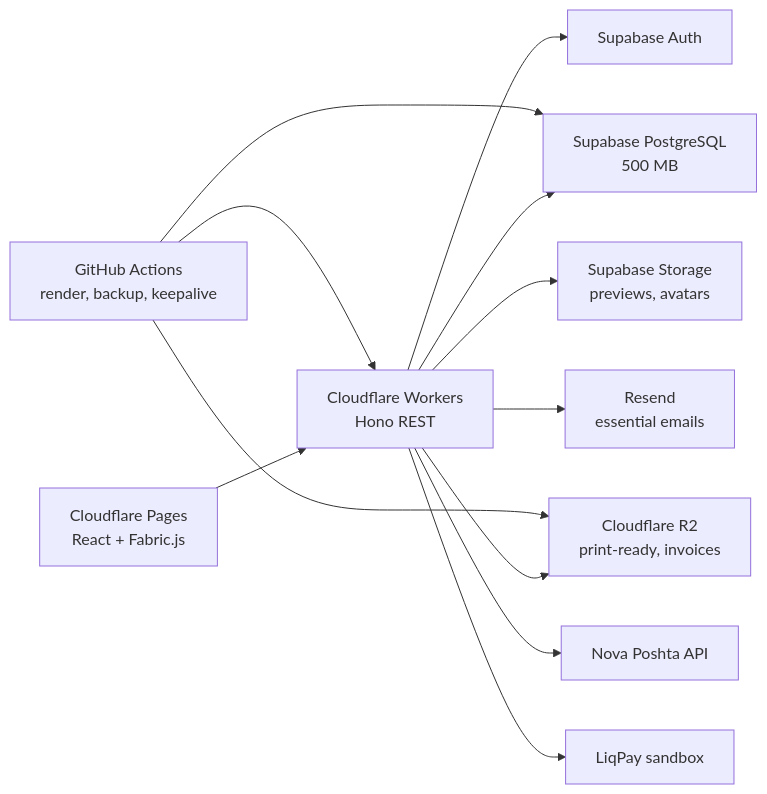
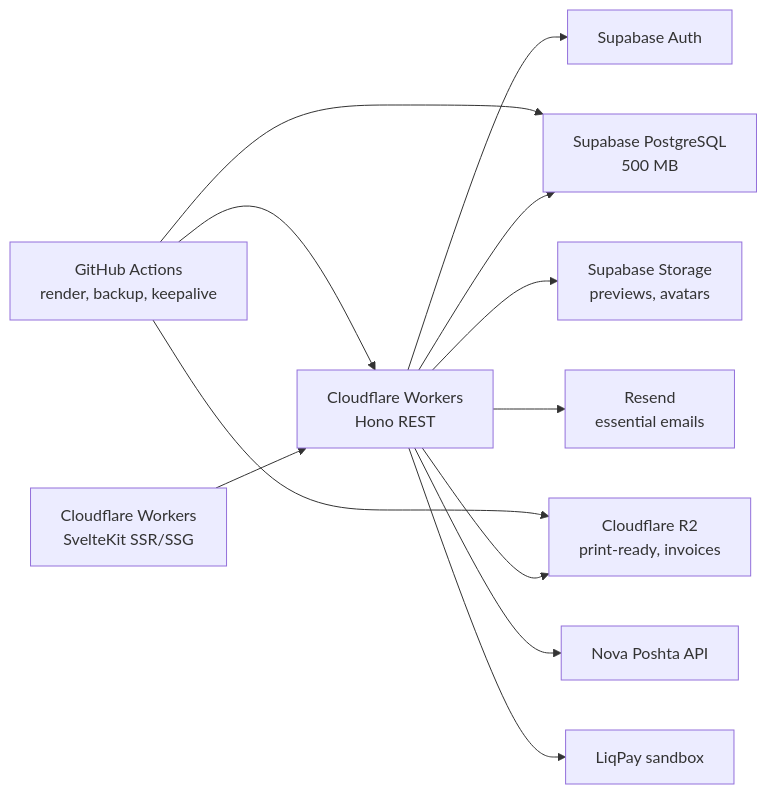
One commit to Designer-Inc/des-docs changed the diagram in FREE_TIER.md. Above: the diagram before and after it, drawn with Mermaid. The commit also changed other lines of this file and 5 other files, not shown here.

````diff
--- a/FREE_TIER.md
+++ b/FREE_TIER.md
@@ -85,14 +85,14 @@
 ```mermaid
 flowchart LR
-  FE["Cloudflare Pages<br/>React + Fabric.js"] --> API["Cloudflare Workers<br/>Hono REST"]
+  FE["Cloudflare Workers<br/>SvelteKit SSR/SSG"] --> API["Cloudflare Workers<br/>Hono REST"]
   API --> AUTH["Supabase Auth"]
   API --> DB["Supabase PostgreSQL<br/>500 MB"]
   API --> ST["Supabase Storage<br/>previews, avatars"]
   API --> R2["Cloudflare R2<br/>print-ready, invoices"]
   API --> RES["Resend<br/>essential emails"]
   API --> NP["Nova Poshta API"]
   API --> LP["LiqPay sandbox"]
   GH["GitHub Actions<br/>render, backup, keepalive"] --> DB
   GH --> R2
   GH --> API
 ```
````
